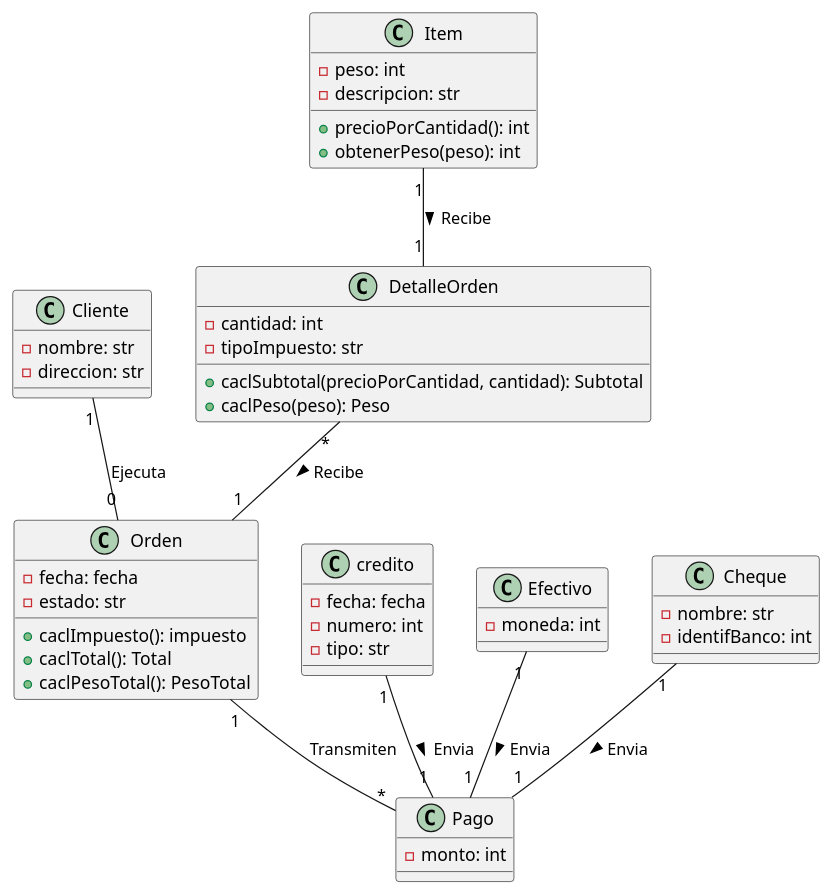
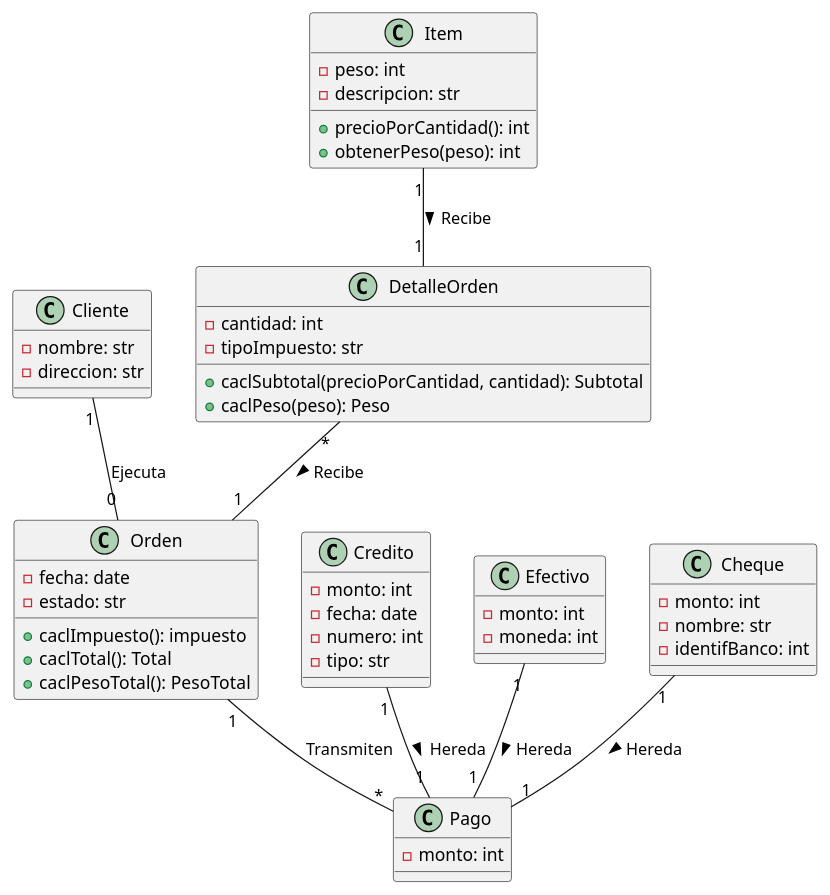
The diagram in Ejercicio7/Modelo/ordenes.puml (FreddyUnemi2025/Taller-1), drawn with PlantUML before and after one commit. The commit also changed 25 other files, not shown here.

```diff
--- a/Ejercicio7/Modelo/ordenes.puml
+++ b/Ejercicio7/Modelo/ordenes.puml
@@ -1,57 +1,61 @@
 @startuml
+
 class Cliente {
     - nombre: str
     - direccion: str
 }
 
 class Orden {
-    - fecha: fecha
+    - fecha: date
     - estado: str
     + caclImpuesto(): impuesto
     + caclTotal(): Total 
     + caclPesoTotal(): PesoTotal
 }
 
 class Pago {
     - monto: int
 }
 
-class credito {
-    - fecha: fecha
+class Credito {
+    - monto: int
+    - fecha: date
     - numero: int
     - tipo: str
 }
 
 class Efectivo {
+    - monto: int
     - moneda: int
 }
 
 class Cheque {
+    - monto: int
     - nombre: str
     - identifBanco: int
 }
 
 class DetalleOrden {
     - cantidad: int
     - tipoImpuesto: str
     + caclSubtotal(precioPorCantidad, cantidad): Subtotal
     + caclPeso(peso): Peso
 }
 
 class Item {
     - peso: int
     - descripcion: str
     + precioPorCantidad(): int
     + obtenerPeso(peso): int
 }
 
 
-Cheque "1" -- "1" Pago : Envia >
-Efectivo "1" -- "1" Pago : Envia >
-credito "1" -- "1" Pago : Envia >
+Cheque "1" -- "1" Pago : Hereda >
+Efectivo "1" -- "1" Pago : Hereda >
+Credito "1" -- "1" Pago : Hereda >
 Orden "1" -- "*" Pago : Transmiten
 Cliente "1" -- "0" Orden : Ejecuta
 DetalleOrden "*" -- "1" Orden : Recibe >
 Item "1" -- "1" DetalleOrden: Recibe >
 
 @enduml
```
